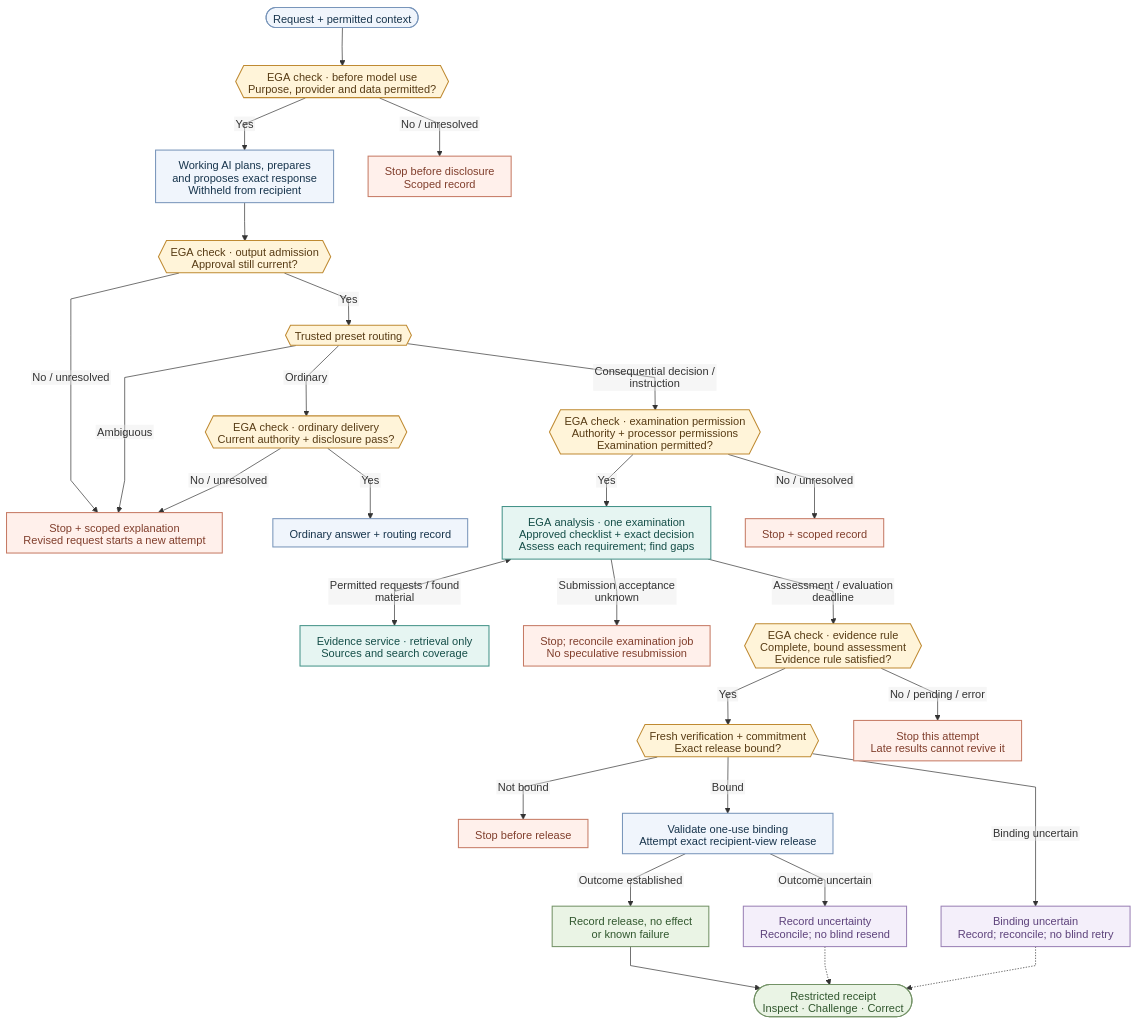
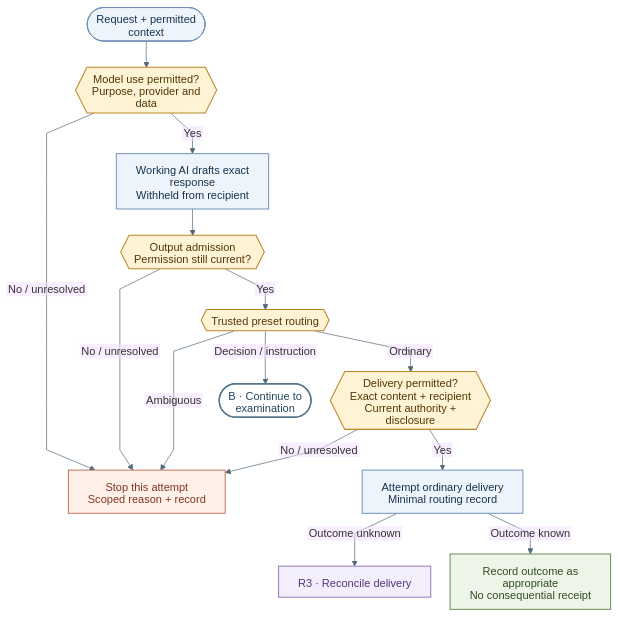
The third of 6 diagrams in docs/Assurance/Concepts/evidence-gated-agents.md (robertschaub/our-ai-charter), drawn with Mermaid before and after one commit. The commit also changed other lines of this file and 6 other files, not shown here.

Commit message:
docs(ega): clarify phased design flows and recovery routes

````diff
--- a/docs/Assurance/Concepts/evidence-gated-agents.md
+++ b/docs/Assurance/Concepts/evidence-gated-agents.md
@@ -179,42 +199,25 @@
 ```mermaid
-%%{init: {"flowchart": {"curve": "linear", "nodeSpacing": 50, "rankSpacing": 55, "padding": 12, "wrappingWidth": 285}, "htmlLabels": false}}%%
+%%{init: {"theme":"base","themeCSS":".edgeLabel .label rect{fill:#fff!important;opacity:1!important}","themeVariables":{"fontFamily":"Arial, sans-serif","fontSize":"16px","lineColor":"#52687b"},"flowchart":{"curve":"linear","nodeSpacing":28,"rankSpacing":38,"padding":14,"wrappingWidth":190},"htmlLabels":false}}%%
 flowchart TD
-    U(["Request + permitted context"]) --> IN{{"EGA check · before model use<br/>Purpose, provider and data permitted?"}}
-    IN -->|Yes| A["Working AI plans, prepares<br/>and proposes exact response<br/>Withheld from recipient"]
-    IN -->|No / unresolved| S1["Stop before disclosure<br/>Scoped record"]
-    A --> AD{{"EGA check · output admission<br/>Approval still current?"}}
-    AD -->|No / unresolved| S2["Stop + scoped explanation<br/>Revised request starts a new attempt"]
-    AD -->|Yes| T{{"Trusted preset routing"}}
-    T -->|Ambiguous| S2
-    T -->|Ordinary| OC{{"EGA check · ordinary delivery<br/>Current authority + disclosure pass?"}}
-    OC -->|Yes| O["Ordinary answer + routing record"]
-    OC -->|No / unresolved| S2
-    T -->|Consequential decision / instruction| PRE{{"EGA check · examination permission<br/>Authority + processor permissions<br/>Examination permitted?"}}
-    PRE -->|Yes| EA["EGA analysis · one examination<br/>Approved checklist + exact decision<br/>Assess each requirement; find gaps"]
-    PRE -->|No / unresolved| S3["Stop + scoped record"]
-    EA <-->|Permitted requests / found material| ES["Evidence service · retrieval only<br/>Sources and search coverage"]
-    EA -->|Submission acceptance unknown| JX["Stop; reconcile examination job<br/>No speculative resubmission"]
-    EA -->|Assessment / evaluation deadline| V{{"EGA check · evidence rule<br/>Complete, bound assessment<br/>Evidence rule satisfied?"}}
-    V -->|Yes| C{{"Fresh verification + commitment<br/>Exact release bound?"}}
-    V -->|No / pending / error| S4["Stop this attempt<br/>Late results cannot revive it"]
-    C -->|Not bound| S5["Stop before release"]
-    C -->|Bound| E["Validate one-use binding<br/>Attempt exact recipient-view release"]
-    C -->|Binding uncertain| BX["Binding uncertain<br/>Record; reconcile; no blind retry"]
-    E -->|Outcome established| R["Record release, no effect<br/>or known failure"]
-    E -->|Outcome uncertain| X["Record uncertainty<br/>Reconcile; no blind resend"]
-    R --> I(["Restricted receipt<br/>Inspect · Challenge · Correct"])
-    X -.-> I
-    BX -.-> I
-    classDef process fill:#f0f5fc,stroke:#7895ba,color:#17344c,stroke-width:1.5px
-    classDef control fill:#fff4d9,stroke:#bf8a32,color:#573b14,stroke-width:1.5px
-    classDef evidence fill:#e6f5f2,stroke:#459389,color:#154e48,stroke-width:1.5px
-    classDef stop fill:#fff0eb,stroke:#c67b65,color:#803e2c,stroke-width:1.5px
-    classDef result fill:#eaf4e5,stroke:#739266,color:#31572e,stroke-width:1.5px
-    classDef uncertain fill:#f4effa,stroke:#9a81b5,color:#5d427b,stroke-width:1.5px
-    class U,A,O,E process
-    class IN,AD,T,OC,PRE,V,C control
-    class EA,ES evidence
-    class S1,S2,S3,S4,S5,JX stop
-    class R,I result
-    class X,BX uncertain
+ U(["Request + permitted context"]):::work --> I{{"Model use permitted?<br/>Purpose, provider and data"}}:::gate
+ I -->|No / unresolved| S["Stop this attempt<br/>Scoped reason + record"]:::stop
+ I -->|Yes| W["Working AI drafts exact response<br/>Withheld from recipient"]:::work
+ W --> A{{"Output admission<br/>Permission still current?"}}:::gate
+ A -->|No / unresolved| S
+ A -->|Yes| T{{"Trusted preset routing"}}:::gate
+ T -->|Ambiguous| S
+ T -->|Decision / instruction| B(["B · Continue to examination"]):::link
+ T -->|Ordinary| O{{"Delivery permitted?<br/>Exact content + recipient<br/>Current authority + disclosure"}}:::gate
+ O -->|No / unresolved| S
+ O -->|Yes| D["Attempt ordinary delivery<br/>Minimal routing record"]:::work
+ D -->|Outcome unknown| R["R3 · Reconcile delivery"]:::uncertain
+ D -->|Outcome known| K["Record outcome as appropriate<br/>No consequential receipt"]:::result
+
+classDef work fill:#edf4fc,stroke:#6d8fb8,color:#17344c,stroke-width:1.4px
+classDef gate fill:#fff3d5,stroke:#b98528,color:#513707,stroke-width:1.5px
+classDef evidence fill:#e6f5f2,stroke:#39877e,color:#174c46,stroke-width:1.4px
+classDef stop fill:#fff0e9,stroke:#c07155,color:#803721,stroke-width:1.4px
+classDef result fill:#edf5e8,stroke:#678950,color:#304d22,stroke-width:1.4px
+classDef uncertain fill:#f3eefb,stroke:#9476b7,color:#533779,stroke-width:1.4px
+classDef link fill:#fff,stroke:#54768e,color:#24465e,stroke-width:2px
 ```
````
